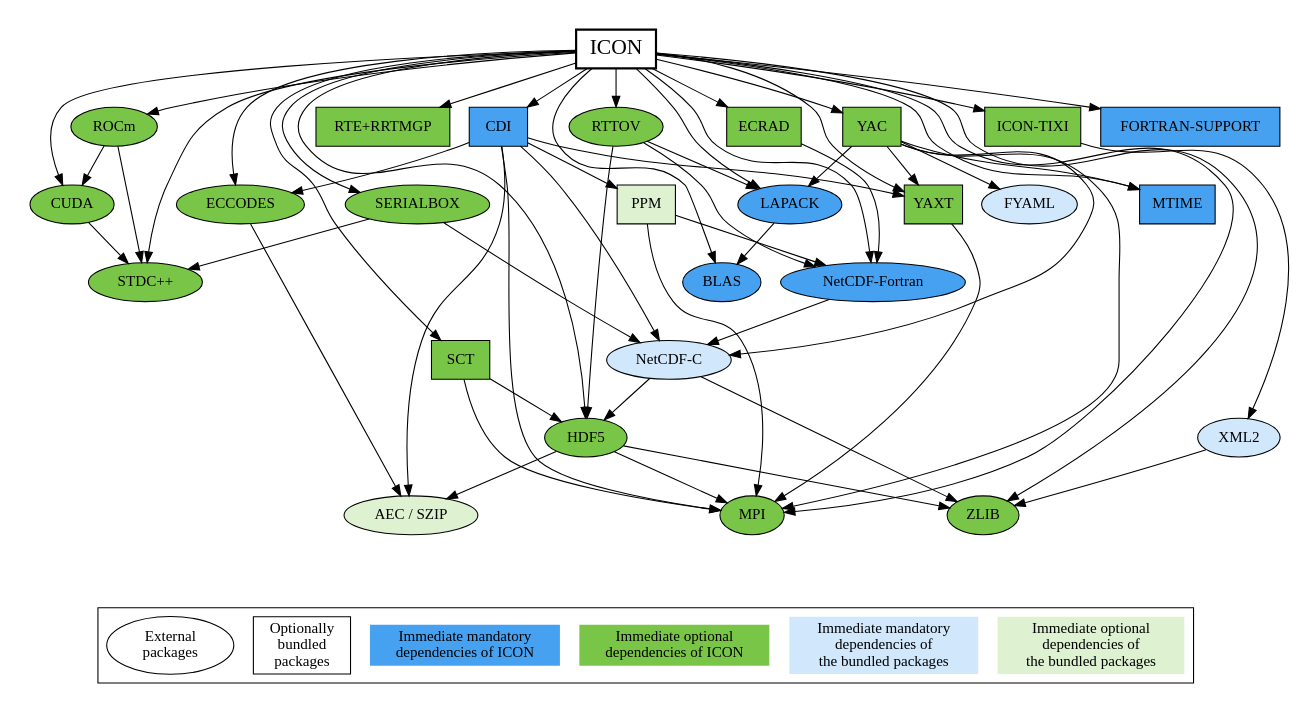
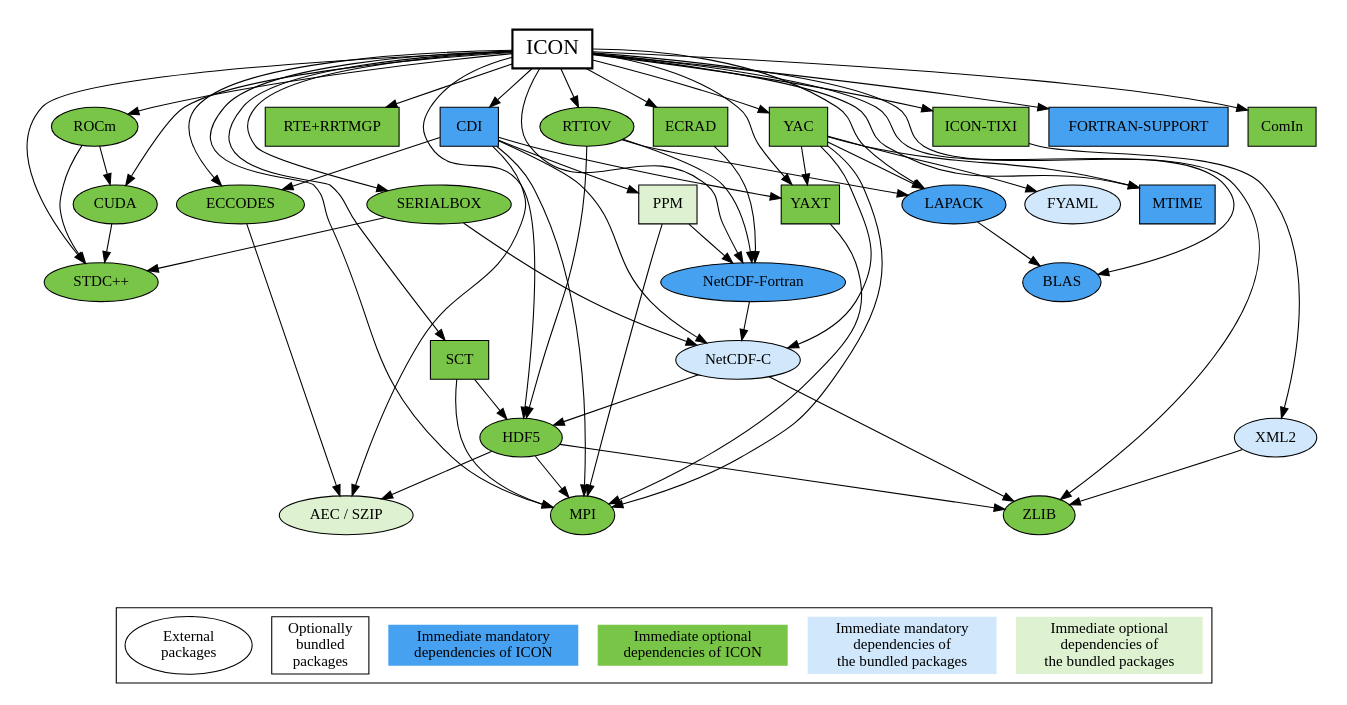
One commit to ppothapa/Coupled_ICON changed the diagram in doc/config/icon-config-doc-depgraph.dot. Above: the diagram before and after it, drawn with Graphviz. The commit also changed 5 other files, not shown here.

```diff
--- a/doc/config/icon-config-doc-depgraph.dot
+++ b/doc/config/icon-config-doc-depgraph.dot
@@ -1,117 +1,119 @@
 // ICON
 //
 // ---------------------------------------------------------------
 // Copyright (C) 2004-2024, DWD, MPI-M, DKRZ, KIT, ETH, MeteoSwiss
 // Contact information: icon-model.org
 // See AUTHORS.TXT for a list of authors
 // See LICENSES/ for license information
 // SPDX-License-Identifier: BSD-3-Clause
 // ---------------------------------------------------------------
 
 digraph ICON {
 
 	node [style=filled; shape=oval; fillcolor="#79C547"];
 
 	subgraph clusterMain {
 
 		graph [peripheries=0];
 
 		"ICON" [shape=box; fillcolor=white; fontsize=20; penwidth=2.0];
 		"ICON" -> {"STDC++"; "CUDA"; "ROCm"; "MPI"; "ZLIB"; "HDF5";
 			       "NetCDF-Fortran"; "RTE+RRTMGP"; "ECRAD"; "BLAS";
 			       "LAPACK"; "RTTOV"; "SCT"; "YAXT"; "ECCODES";
 			       "CDI"; "SERIALBOX"; "MTIME"; "YAC"; "ICON-TIXI";
-			       "FORTRAN-SUPPORT"};
+			       "FORTRAN-SUPPORT"; "ComIn"};
 
 		"STDC++";
 
 		"CUDA";
 		"CUDA" -> {"STDC++"};
 
 		"ROCm";
 		"ROCm" -> {"STDC++"; "CUDA"};
 
 		"MPI";
 
 		"ZLIB";
 
 		"HDF5";
 		"HDF5" -> {"MPI"; "ZLIB"; "AEC / SZIP"};
 
 		"NetCDF-Fortran" [shape=oval; fillcolor="#47A1F1"]
 		"NetCDF-Fortran" -> {"NetCDF-C"};
 
 		"RTE+RRTMGP" [shape=box];
 
 		"ECRAD" [shape=box];
 		"ECRAD" -> {"NetCDF-Fortran"};
 
 		"BLAS" [fillcolor="#47A1F1"];
 
 		"LAPACK" [fillcolor="#47A1F1"];
 		"LAPACK" -> {"BLAS"};
 
 		"RTTOV";
 		"RTTOV" -> {"HDF5"; "NetCDF-Fortran"; "LAPACK"};
 
 		"SCT" [shape=box];
 		"SCT" -> {"MPI"; "HDF5"};
 
 		"YAXT" [shape=box];
 		"YAXT" -> {"MPI"};
 
 		"ECCODES";
 		"ECCODES" -> {"AEC / SZIP"};
 
 		"CDI" [shape=box; fillcolor="#47A1F1"];
 		"CDI" -> {"MPI"; "YAXT"; "ECCODES"; "AEC / SZIP"; "NetCDF-C"; "PPM"};
+
+		"ComIn" [shape=box];
 
 		"SERIALBOX";
 		"SERIALBOX" -> {"STDC++"; "NetCDF-C"};
 
 		"MTIME" [shape=box; fillcolor="#47A1F1"];
 
 		"YAC" [shape=box];
 		"YAC" -> {"MPI"; "LAPACK"; "YAXT"; "MTIME"; "NetCDF-C"; "FYAML"};
 
 		"ICON-TIXI" [shape=box];
 		"ICON-TIXI" -> {"XML2"};
 
 		"FORTRAN-SUPPORT" [shape=box; fillcolor="#47A1F1"];
 
 		"AEC / SZIP" [fillcolor="#DEF1D1"];
 		"AEC / SZIP";
 
 		"NetCDF-C" [fillcolor="#D1E8FC"];
 		"NetCDF-C" -> {"ZLIB"; "HDF5"};
 
 		"PPM" [shape=box; fillcolor="#DEF1D1"];
 		"PPM" -> {"MPI"; "NetCDF-Fortran"};
 
 		"FYAML" [fillcolor="#D1E8FC"];
 		"FYAML";
 
 		"XML2" [fillcolor="#D1E8FC"];
 		"XML2" -> {"ZLIB"};
 
 		{
 			rank=sink;
 			bottomNode [shape=point; style=invis];
 		}
 	}
 
 	subgraph clusterLegend {
 		{
 			rank=same;
 			external -> bundled -> mandatoryIcon -> optionalIcon -> mandatoryBundled -> optionalBundled [style=invis];
 			external [label="External\npackages"; fillcolor=white];
 			bundled [label="Optionally\nbundled\npackages"; shape=box; fillcolor=white];
 			mandatoryIcon [label="Immediate mandatory\ndependencies of ICON"; shape=plaintext; fillcolor="#47A1F1"];
 			optionalIcon [label="Immediate optional\ndependencies of ICON"; shape=plaintext];
 			mandatoryBundled [label="Immediate mandatory\ndependencies of\nthe bundled packages"; shape=plaintext; fillcolor="#D1E8FC"];
 			optionalBundled [label="Immediate optional\ndependencies of\nthe bundled packages"; shape=plaintext; fillcolor="#DEF1D1"];
 		}
 	}
 
 	bottomNode -> external:nw [style=invis];
 }
```
